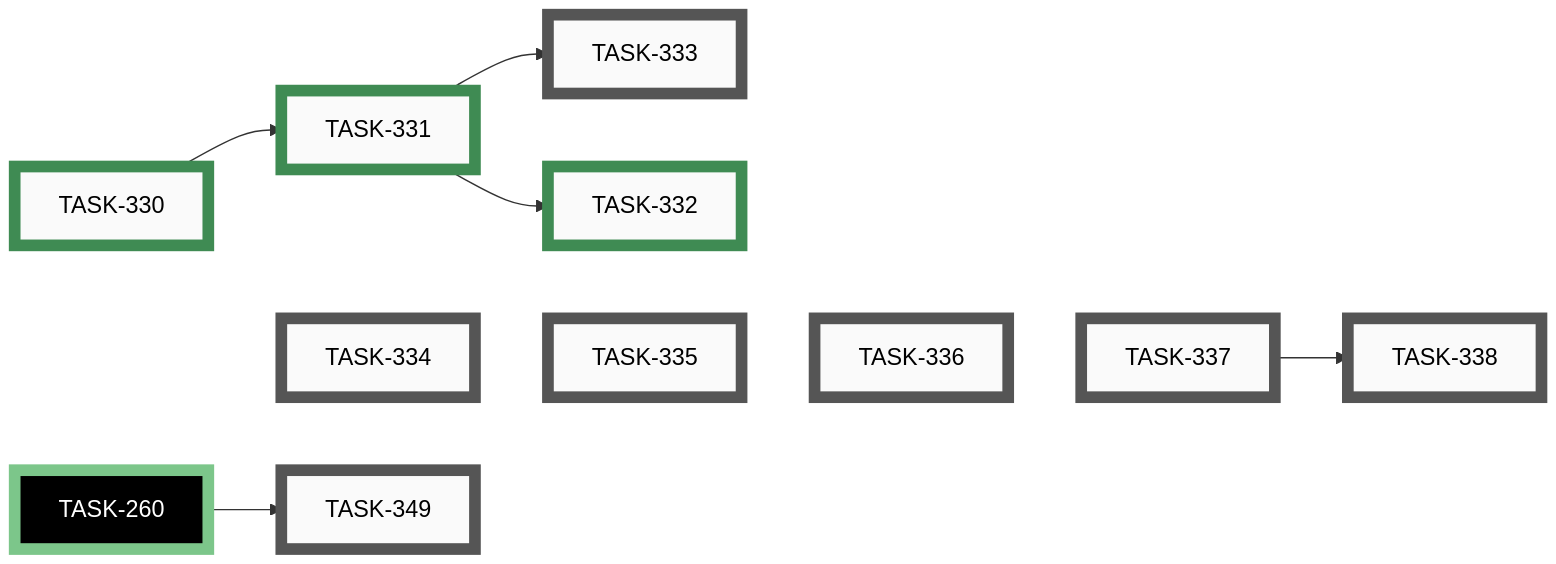
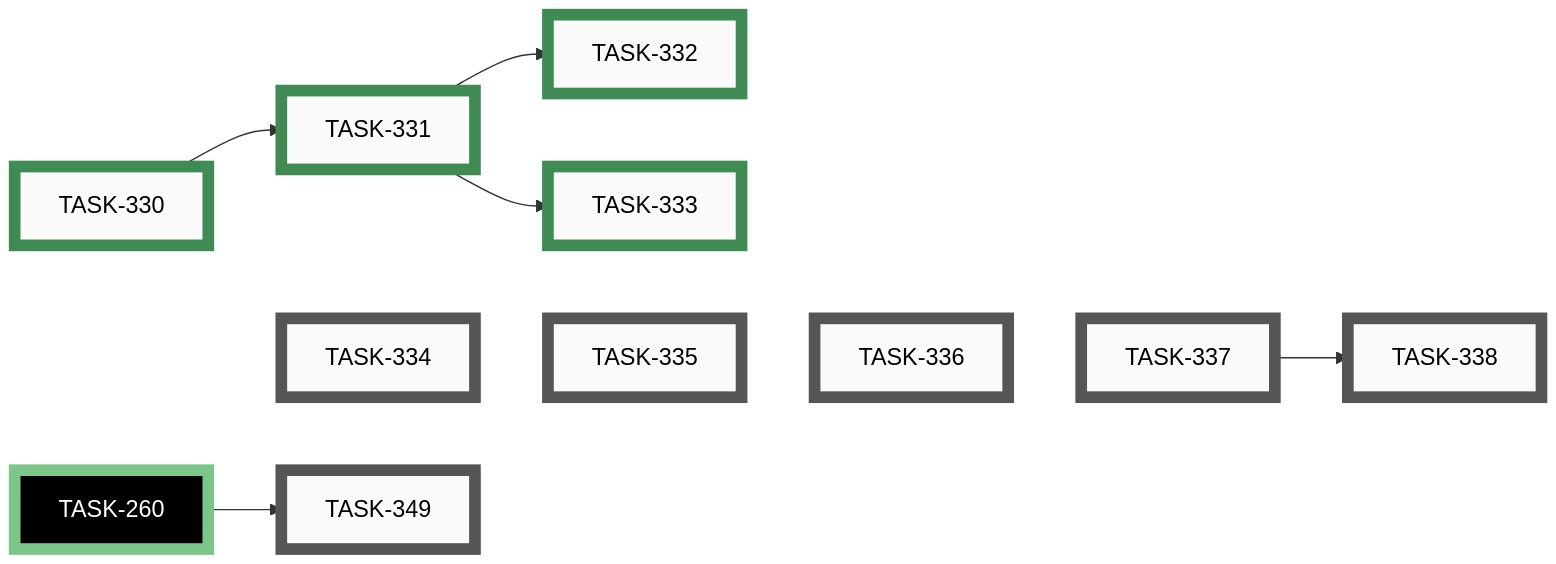
One commit to tgd1975/AwesomeStudioPedal changed the eighth of 10 diagrams in docs/developers/tasks/EPICS.md. Above: the diagram before and after it, drawn with Mermaid. The commit also changed other lines of this file and 12 other files, not shown here.

First line of the commit message:
close TASK-333: Add Profiles explainer, Troubleshooting, and Legal pages

````diff
--- a/docs/developers/tasks/EPICS.md
+++ b/docs/developers/tasks/EPICS.md
@@ -296,39 +296,39 @@
 ```mermaid
 graph LR
-    TASK_333["TASK-333"]:::open
     TASK_334["TASK-334"]:::open
     TASK_335["TASK-335"]:::open
     TASK_336["TASK-336"]:::open
     TASK_337["TASK-337"]:::open
     TASK_338["TASK-338"]:::open
     TASK_349["TASK-349"]:::open
     TASK_330["TASK-330"]:::closed
     TASK_331["TASK-331"]:::closed
     TASK_332["TASK-332"]:::closed
+    TASK_333["TASK-333"]:::closed
     TASK_260["TASK-260"]:::closedExt
-    TASK_331 --> TASK_333
     TASK_337 --> TASK_338
     TASK_260 --> TASK_349
     TASK_330 --> TASK_331
     TASK_331 --> TASK_332
+    TASK_331 --> TASK_333
     TASK_330 ~~~ TASK_334 ~~~ TASK_335 ~~~ TASK_336 ~~~ TASK_337
-    click TASK_333 "open/task-333-add-profiles-troubleshooting-legal-pages.md"
     click TASK_334 "open/task-334-add-startup-splash-screen.md"
     click TASK_335 "open/task-335-add-connection-status-strip-and-details-sheet.md"
     click TASK_336 "open/task-336-add-connected-pedal-page-board-only.md"
     click TASK_337 "open/task-337-firmware-expose-version-config-active-profile.md"
     click TASK_338 "open/task-338-add-hid-display-table-and-live-keystroke-page.md"
     click TASK_349 "open/task-349-display-unified-version-in-mobile-app.md"
     click TASK_330 "closed/task-330-decide-content-page-open-questions.md"
     click TASK_331 "closed/task-331-add-info-about-page.md"
     click TASK_332 "closed/task-332-add-howto-quickstart-page.md"
+    click TASK_333 "closed/task-333-add-profiles-troubleshooting-legal-pages.md"
     click TASK_260 "closed/task-260-unify-version-numbers-across-deliverables.md"
     classDef open    fill:#FAFAFA,stroke:#555,stroke-width:8px,color:#000
     classDef active  fill:#FAFAFA,stroke:#1A6FA8,stroke-width:8px,color:#000
     classDef closed  fill:#FAFAFA,stroke:#3F8B53,stroke-width:8px,color:#000
     classDef paused  fill:#FAFAFA,stroke:#B07810,stroke-width:8px,color:#000
     classDef openExt    fill:#000,stroke:#888,stroke-width:8px,color:#FFF
     classDef activeExt  fill:#000,stroke:#3FA9F5,stroke-width:8px,color:#FFF
     classDef closedExt  fill:#000,stroke:#7CC68A,stroke-width:8px,color:#FFF
     classDef pausedExt  fill:#000,stroke:#F0B030,stroke-width:8px,color:#FFF
 ```
````
